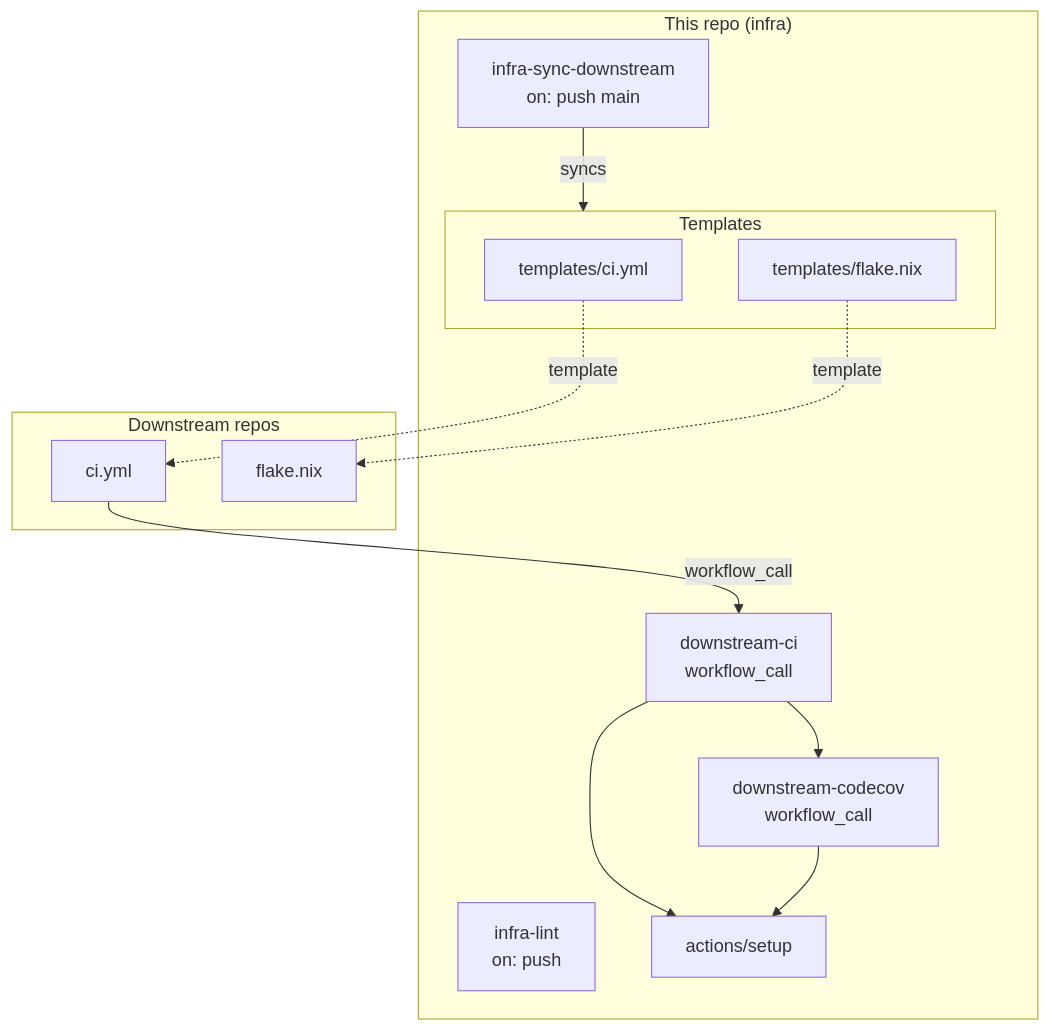
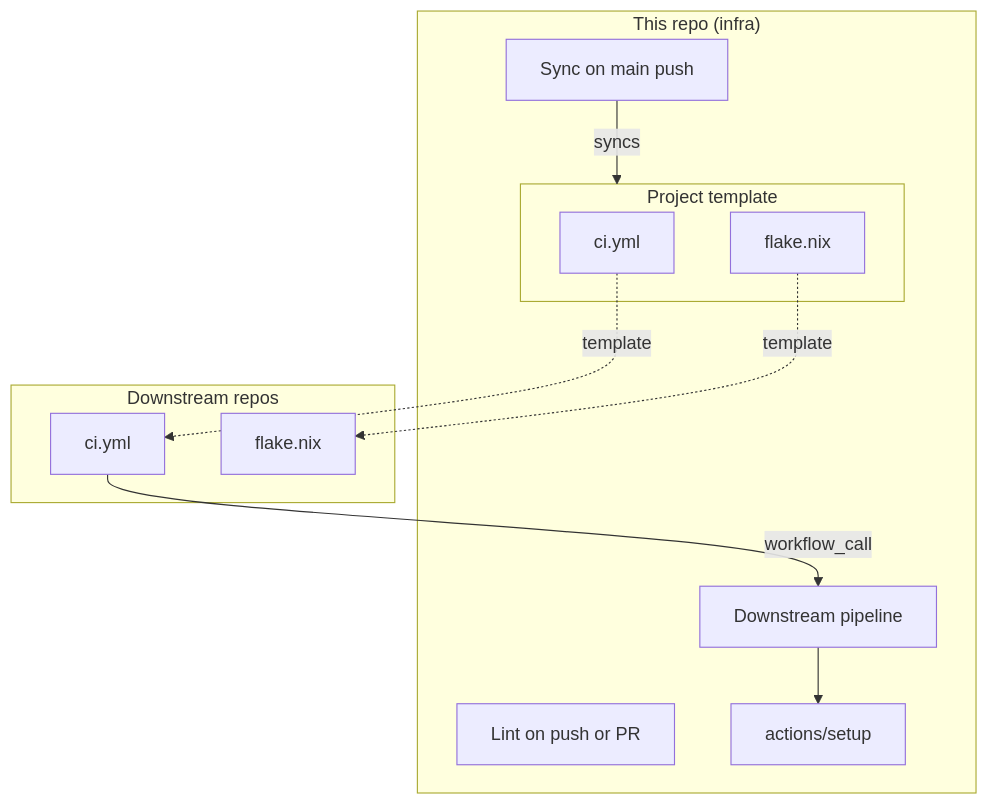
One commit to cubething-qproj/infra changed the diagram in docs/CI.md. Above: the diagram before and after it, drawn with Mermaid. The commit also changed other lines of this file and 11 other files, not shown here.

Commit message:
chore: sync downstream files from project template

````diff
--- a/docs/CI.md
+++ b/docs/CI.md
@@ -7,28 +7,25 @@
 ```mermaid
 graph TD
     subgraph infra["This repo (infra)"]
-      subgraph templates["Templates"]
-        TPL_CI[templates/ci.yml]
-        TPL_FLAKE[templates/flake.nix]
+      subgraph templates["Project template"]
+        TPL_CI[ci.yml]
+        TPL_FLAKE[flake.nix]
       end
 
-      SYNC["infra-sync-downstream<br/>on: push main"]
-      LINT["infra-lint<br/>on: push"]
+      SYNC["Sync on main push"]
+      LINT["Lint on push or PR"]
       SETUP[actions/setup]
-      DCI["downstream-ci<br/>workflow_call"]
-      COV["downstream-codecov<br/>workflow_call"]
+      DCI["Downstream pipeline"]
     end
 
     subgraph downstream["Downstream repos"]
       DS_CI[ci.yml]
       DS_FLAKE[flake.nix]
     end
 
     SYNC -- syncs --> templates
     TPL_CI -. template .-> DS_CI
     TPL_FLAKE -. template .-> DS_FLAKE
     DS_CI -- workflow_call --> DCI
     DCI --> SETUP
-    DCI --> COV
-    COV --> SETUP
 ```
````
